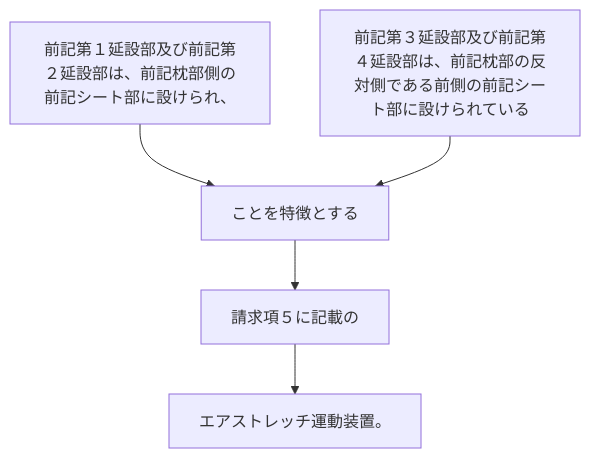
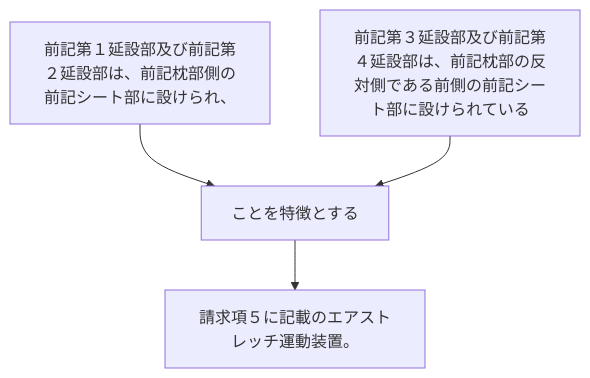
The diagram in 2024/JP2024021337A/claim_6/README.md (shinmori55/patent_analyzed), drawn with Mermaid before and after one commit. The commit also changed 336 other files, not shown here.

````diff
--- a/2024/JP2024021337A/claim_6/README.md
+++ b/2024/JP2024021337A/claim_6/README.md
@@ -4,12 +4,10 @@
 ```mermaid
 flowchart TD
 A[前記第１延設部及び前記第２延設部は、前記枕部側の前記シート部に設けられ、]
 B[前記第３延設部及び前記第４延設部は、前記枕部の反対側である前側の前記シート部に設けられている]
 C[ことを特徴とする]
-D[請求項５に記載の]
-E[エアストレッチ運動装置。]
+D[請求項５に記載のエアストレッチ運動装置。]
 A --> C
 B --> C
 C --> D
-D --> E
 ```
````
